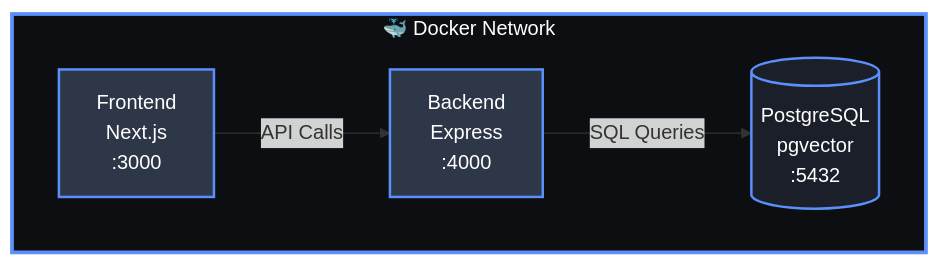
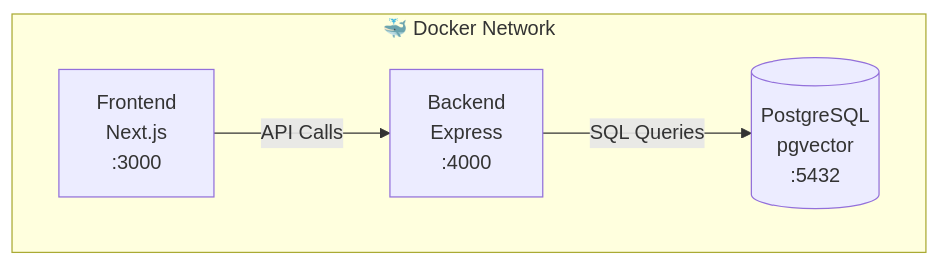
The diagram in documentation/docs/guides/docker-setup.md (jobel-ai/jobel-ai.github.io), drawn with Mermaid before and after one commit. The commit also changed 5 other files, not shown here.

````diff
--- a/documentation/docs/guides/docker-setup.md
+++ b/documentation/docs/guides/docker-setup.md
@@ -15,16 +15,11 @@
 ```mermaid
 graph TB
     subgraph DockerNetwork["🐳 Docker Network"]
         Frontend[Frontend<br/>Next.js<br/>:3000]
         Backend[Backend<br/>Express<br/>:4000]
         DB[(PostgreSQL<br/>pgvector<br/>:5432)]
         
         Frontend -->|API Calls| Backend
         Backend -->|SQL Queries| DB
     end
-    
-    style Frontend fill:#2d3748,stroke:#5b8ff9,stroke-width:2px,color:#fff
-    style Backend fill:#2d3748,stroke:#5b8ff9,stroke-width:2px,color:#fff
-    style DB fill:#1a1f2a,stroke:#5b8ff9,stroke-width:2px,color:#fff
-    style DockerNetwork fill:#0c0e12,stroke:#5b8ff9,stroke-width:3px,color:#fff
 ```
````
